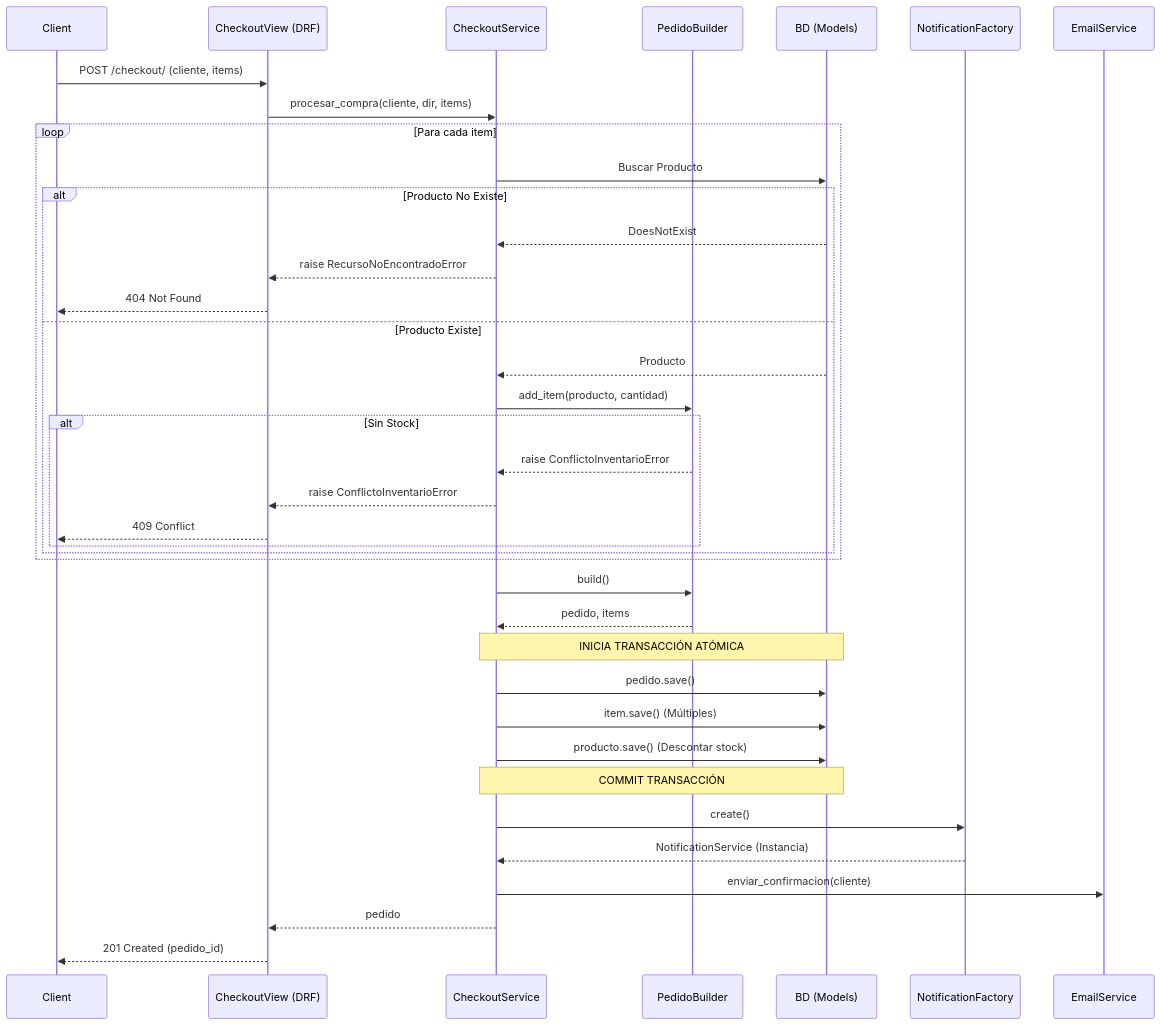
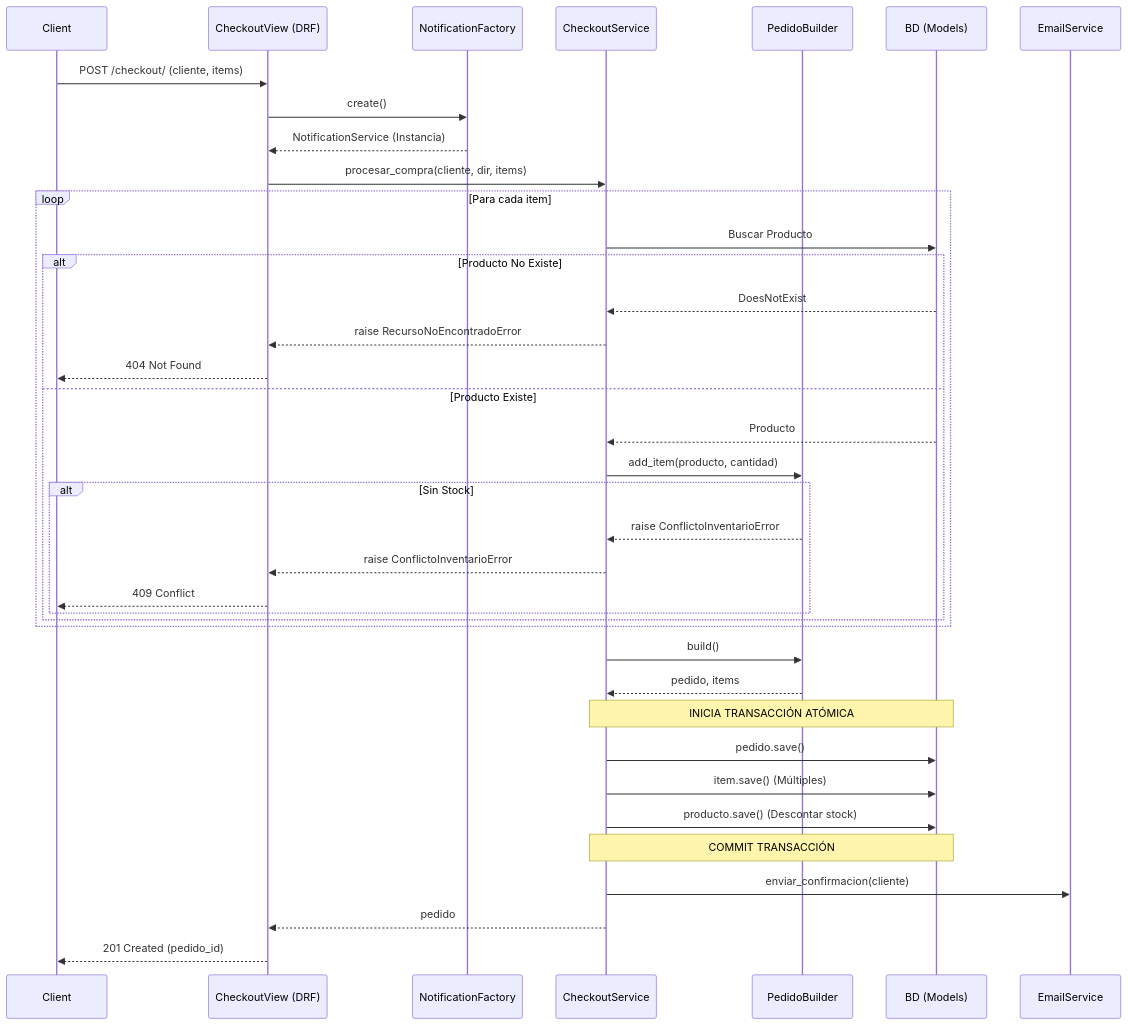
Before and after one commit to AdyuerHack/e-comerce-bersaj: the diagram in Wiki.md, drawn with Mermaid. The commit also changed other lines of this file and 51 other files, not shown here.

````diff
--- a/Wiki.md
+++ b/Wiki.md
@@ -18,46 +18,46 @@
 ```mermaid
 sequenceDiagram
     participant Client
     participant CheckoutView (DRF)
+    participant NotificationFactory
     participant CheckoutService
     participant PedidoBuilder
     participant BD (Models)
-    participant NotificationFactory
     participant EmailService
 
     Client->>CheckoutView (DRF): POST /checkout/ (cliente, items)
+    CheckoutView (DRF)->>NotificationFactory: create()
+    NotificationFactory-->>CheckoutView (DRF): NotificationService (Instancia)
     CheckoutView (DRF)->>CheckoutService: procesar_compra(cliente, dir, items)
     
     loop Para cada item
         CheckoutService->>BD (Models): Buscar Producto
         alt Producto No Existe
             BD (Models)-->>CheckoutService: DoesNotExist
             CheckoutService-->>CheckoutView (DRF): raise RecursoNoEncontradoError
             CheckoutView (DRF)-->>Client: 404 Not Found
         else Producto Existe
             BD (Models)-->>CheckoutService: Producto
             CheckoutService->>PedidoBuilder: add_item(producto, cantidad)
             alt Sin Stock
                 PedidoBuilder-->>CheckoutService: raise ConflictoInventarioError
                 CheckoutService-->>CheckoutView (DRF): raise ConflictoInventarioError
                 CheckoutView (DRF)-->>Client: 409 Conflict
             end
         end
     end
     
     CheckoutService->>PedidoBuilder: build()
     PedidoBuilder-->>CheckoutService: pedido, items
     
     Note over CheckoutService,BD (Models): INICIA TRANSACCIÓN ATÓMICA
     CheckoutService->>BD (Models): pedido.save()
     CheckoutService->>BD (Models): item.save() (Múltiples)
     CheckoutService->>BD (Models): producto.save() (Descontar stock)
     Note over CheckoutService,BD (Models): COMMIT TRANSACCIÓN
     
-    CheckoutService->>NotificationFactory: create()
-    NotificationFactory-->>CheckoutService: NotificationService (Instancia)
     CheckoutService->>EmailService: enviar_confirmacion(cliente)
     
     CheckoutService-->>CheckoutView (DRF): pedido
     CheckoutView (DRF)-->>Client: 201 Created (pedido_id)
 ```
````
